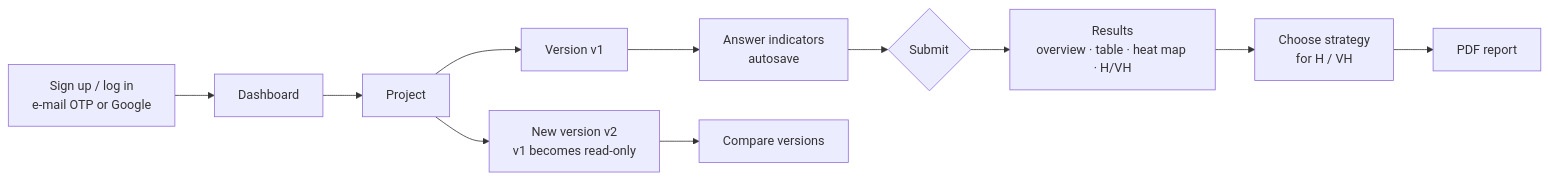
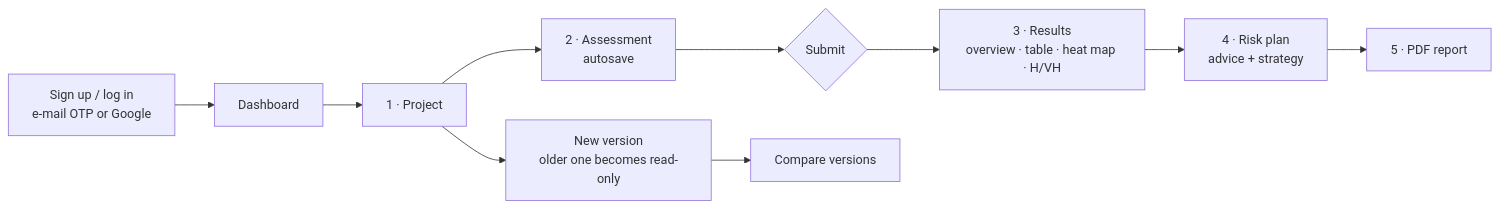
One commit to suppakorn-tae/cre-website changed the second of 4 diagrams in README.md. Above: the diagram before and after it, drawn with Mermaid. The commit also changed other lines of this file and 2 other files, not shown here.

````diff
--- a/README.md
+++ b/README.md
@@ -130,13 +204,12 @@
 ```mermaid
 flowchart LR
     A[Sign up / log in<br/>e-mail OTP or Google] --> B[Dashboard]
-    B --> C[Project]
-    C --> D[Version v1]
-    D --> E[Answer indicators<br/>autosave]
-    E --> F{Submit}
-    F --> G[Results<br/>overview · table · heat map · H/VH]
-    G --> H[Choose strategy<br/>for H / VH]
-    H --> I[PDF report]
-    C --> J[New version v2<br/>v1 becomes read-only]
+    B --> C[1 · Project]
+    C --> D[2 · Assessment<br/>autosave]
+    D --> F{Submit}
+    F --> G[3 · Results<br/>overview · table · heat map · H/VH]
+    G --> H[4 · Risk plan<br/>advice + strategy]
+    H --> I[5 · PDF report]
+    C --> J[New version<br/>older one becomes read-only]
     J --> K[Compare versions]
 ```
````
